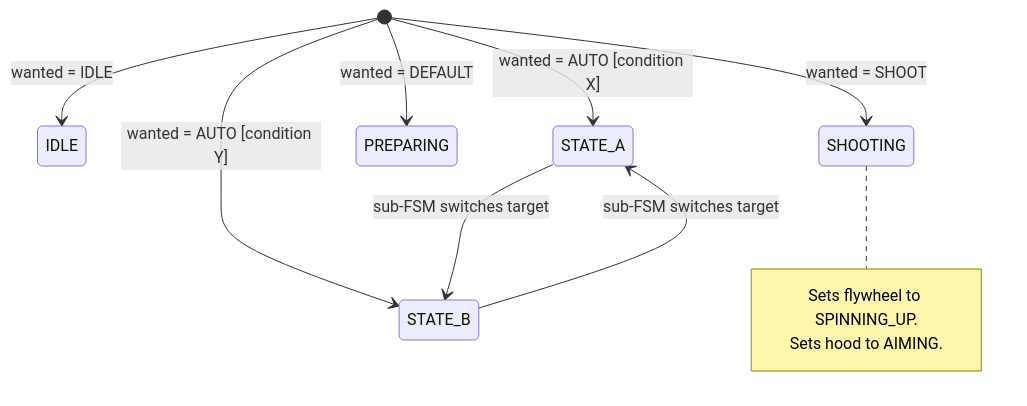
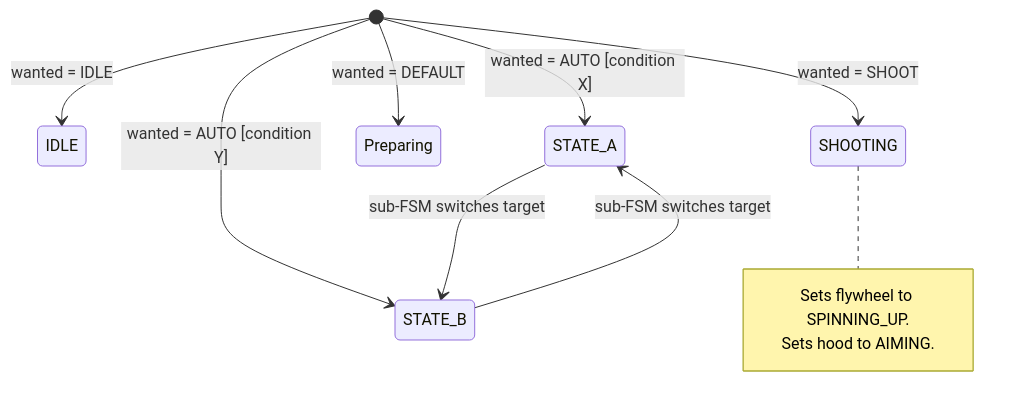
One commit to JRTaylord/FSM-Skill changed the diagram in fsm.md. Above: the diagram before and after it, drawn with Mermaid. The commit also changed other lines of this file, not shown here.

````diff
--- a/fsm.md
+++ b/fsm.md
@@ -106,16 +107,16 @@
 ```mermaid
 stateDiagram-v2
     [*] --> IDLE : wanted = IDLE
     [*] --> SHOOTING : wanted = SHOOT
-    [*] --> PREPARING : wanted = DEFAULT
+    [*] --> Preparing : wanted = DEFAULT
     [*] --> STATE_A : wanted = AUTO [condition X]
     [*] --> STATE_B : wanted = AUTO [condition Y]
 
     STATE_A --> STATE_B : sub-FSM switches target
     STATE_B --> STATE_A : sub-FSM switches target
 
     note right of SHOOTING
         Sets flywheel to SPINNING_UP.
         Sets hood to AIMING.
     end note
 ```
````
